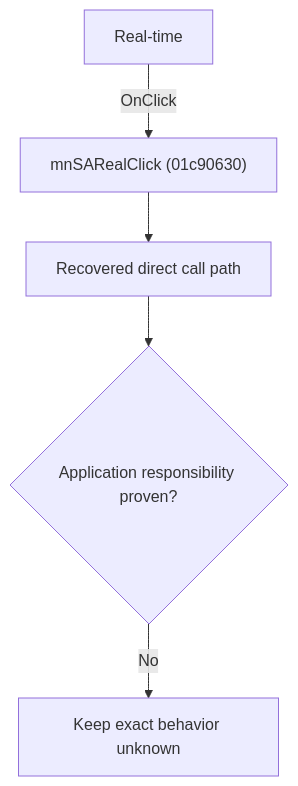
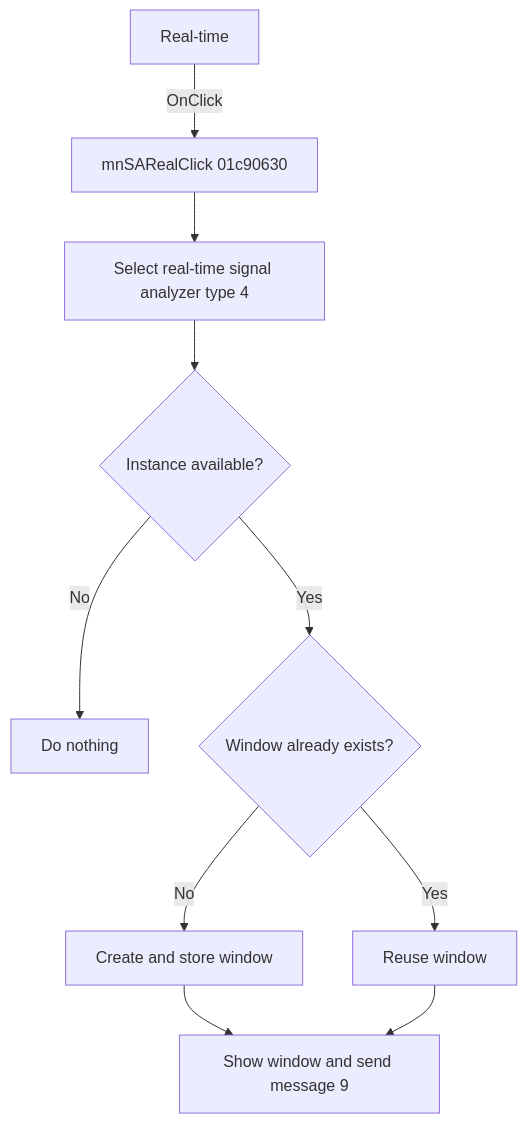
Before and after one commit to MovGP0/TIARA: the diagram in docs/ui-controls/schematiceditor/mnsareal-8e73882604.md, drawn with Mermaid. The commit also changed other lines of this file and 241 other files, not shown here.

````diff
--- a/docs/ui-controls/schematiceditor/mnsareal-8e73882604.md
+++ b/docs/ui-controls/schematiceditor/mnsareal-8e73882604.md
@@ -27,7 +24,12 @@
 ```mermaid
 flowchart TD
-    control["Real-time"] -->|"OnClick"| handler["mnSARealClick (01c90630)"]
-    handler --> recovered["Recovered direct call path"]
-    recovered --> gap{"Application responsibility proven?"}
-    gap -->|"No"| blocked["Keep exact behavior unknown"]
+    control["Real-time"] -->|"OnClick"| handler["mnSARealClick 01c90630"]
+    handler --> coordinator["Select real-time signal analyzer type 4"]
+    coordinator --> available{"Instance available?"}
+    available -->|"No"| noOp["Do nothing"]
+    available -->|"Yes"| slot{"Window already exists?"}
+    slot -->|"No"| create["Create and store window"]
+    slot -->|"Yes"| reuse["Reuse window"]
+    create --> show["Show window and send message 9"]
+    reuse --> show
 ```
````
